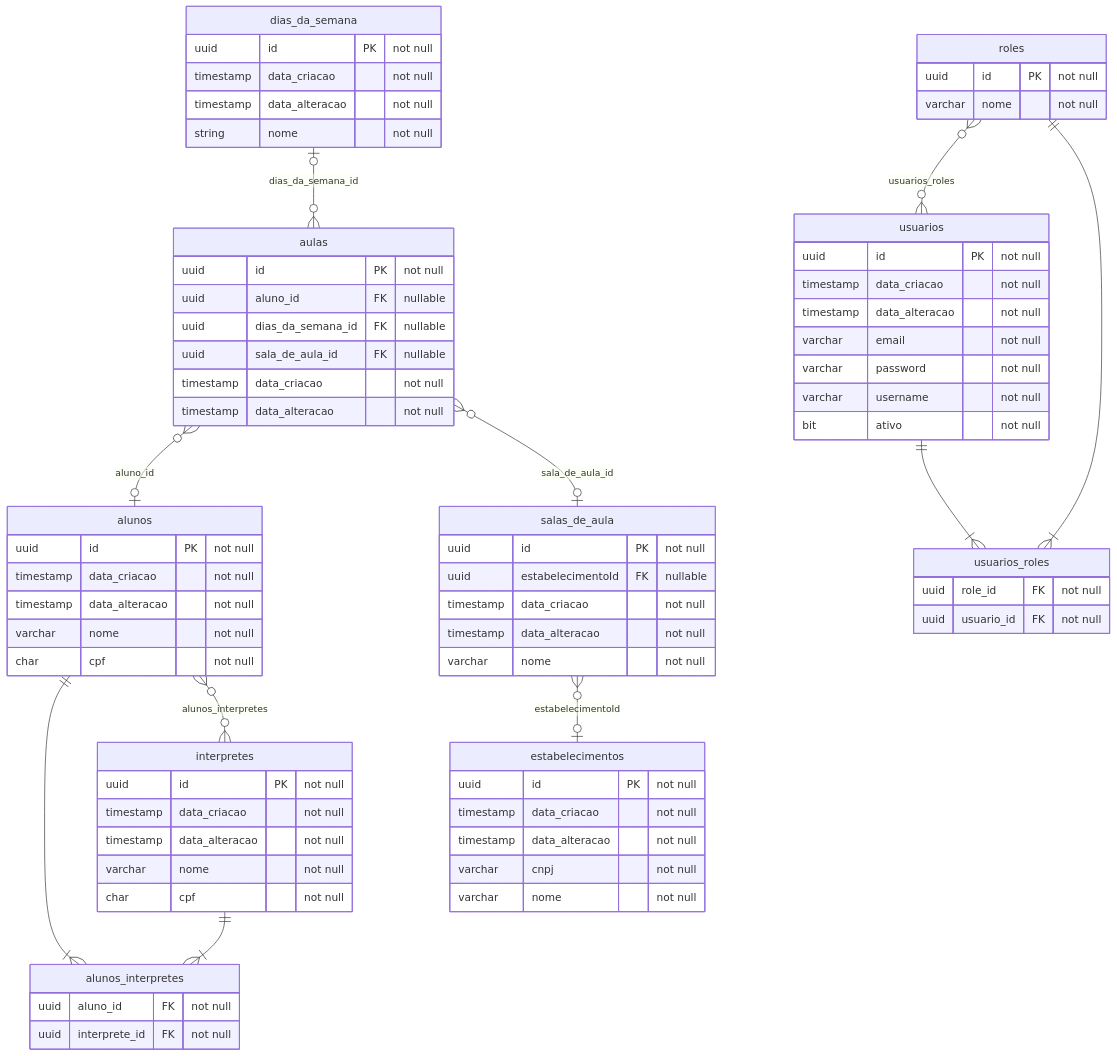
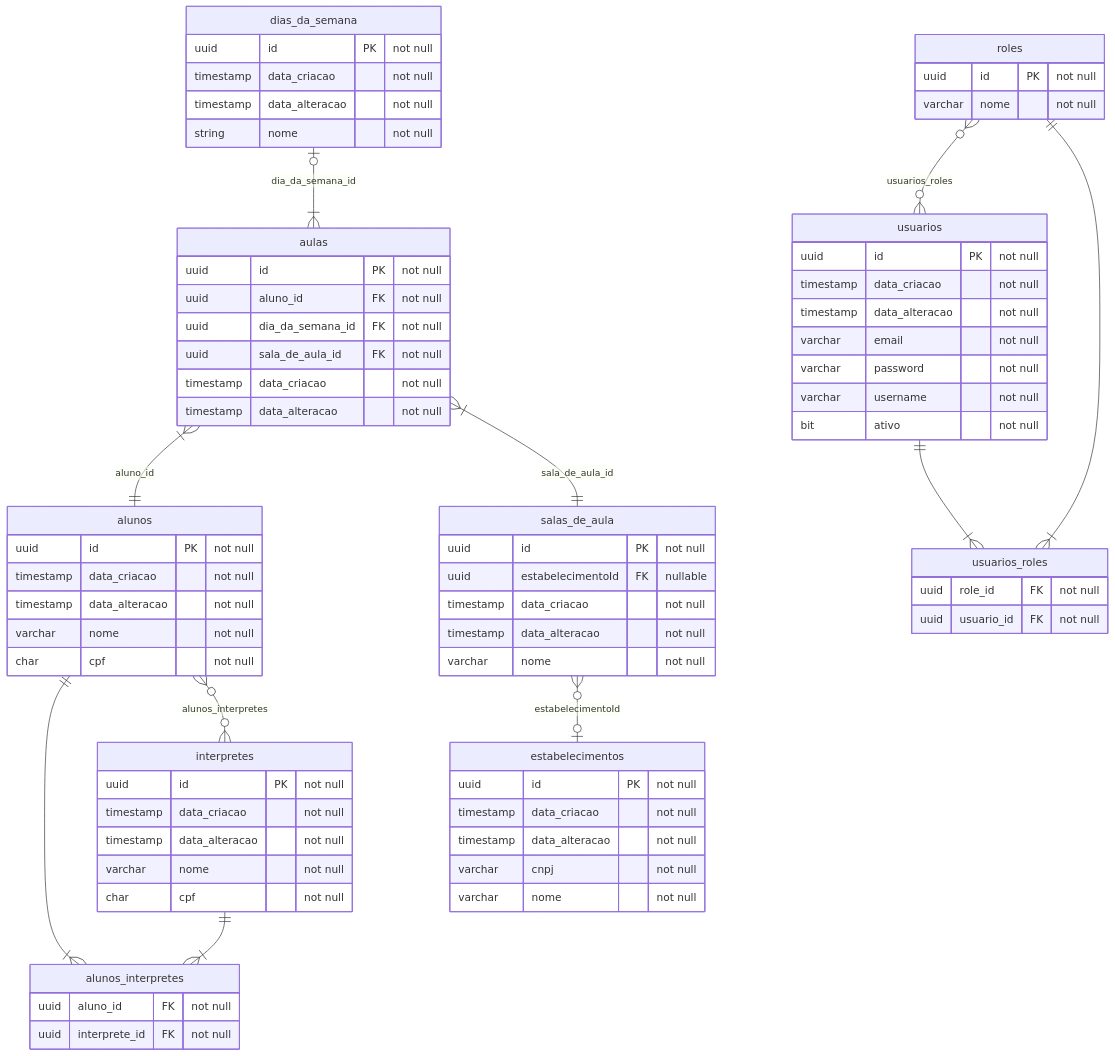
The diagram in erdiagram.md (PedroHSJ/HIFPB), drawn with Mermaid before and after one commit. The commit also changed other lines of this file and 7 other files, not shown here.

````diff
--- a/erdiagram.md
+++ b/erdiagram.md
@@ -36,9 +36,9 @@
 
 aulas {
   uuid id PK "not null"
-  uuid aluno_id FK "nullable"
-  uuid dias_da_semana_id FK "nullable"
-  uuid sala_de_aula_id FK "nullable"
+  uuid aluno_id FK "not null"
+  uuid dia_da_semana_id FK "not null"
+  uuid sala_de_aula_id FK "not null"
   timestamp data_criacao "not null"
   timestamp data_alteracao "not null"
 }
@@ -78,11 +78,11 @@
 roles }o--o{ usuarios: usuarios_roles
 roles ||--|{ usuarios_roles: ""
 usuarios ||--|{ usuarios_roles: ""
-aulas }o--o| alunos: "aluno_id"
+aulas }|--|| alunos: "aluno_id"
 alunos ||--|{ alunos_interpretes: ""
 alunos }o--o{ interpretes: alunos_interpretes
 interpretes ||--|{ alunos_interpretes: ""
-aulas }o--o| salas_de_aula: "sala_de_aula_id"
-dias_da_semana |o--o{ aulas: "dias_da_semana_id"
+aulas }|--|| salas_de_aula: "sala_de_aula_id"
+dias_da_semana |o--|{ aulas: "dia_da_semana_id"
 salas_de_aula }o--o| estabelecimentos: "estabelecimentoId"
 ```
````
